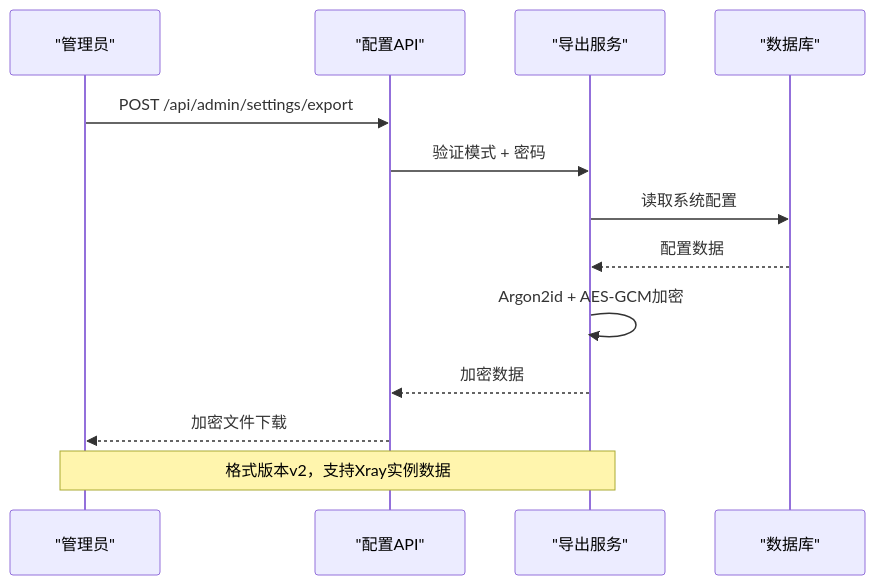
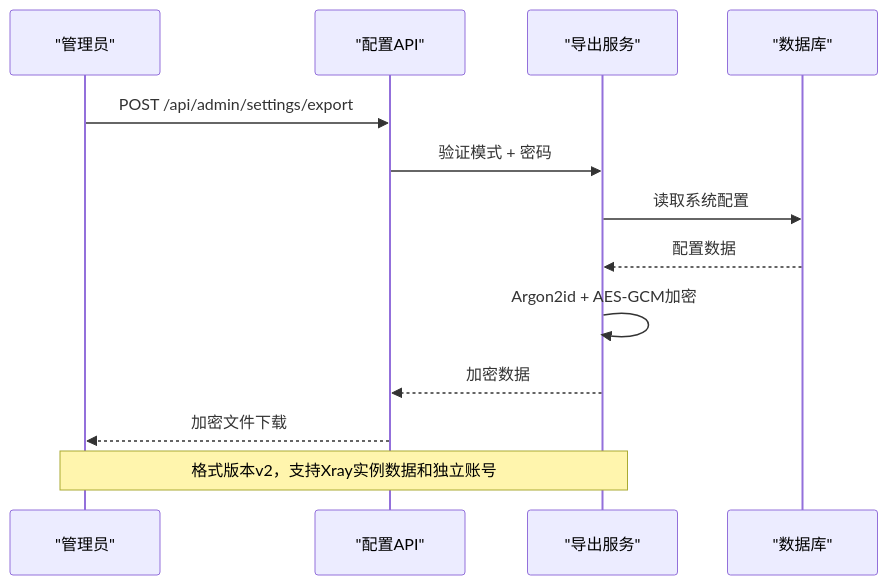
The sixth of 8 diagrams in .qoder/repowiki/zh/content/API接口文档/API接口文档.md (AlcaProphet/VPN-Subscription-Management), drawn with Mermaid before and after one commit. The commit also changed other lines of this file and 7 other files, not shown here.

````diff
--- a/.qoder/repowiki/zh/content/API接口文档/API接口文档.md
+++ b/.qoder/repowiki/zh/content/API接口文档/API接口文档.md
@@ -784,15 +898,15 @@
 ```mermaid
 sequenceDiagram
 participant Admin as "管理员"
 participant API as "配置API"
 participant ExportSvc as "导出服务"
 participant DB as "数据库"
 Admin->>API : POST /api/admin/settings/export
 API->>ExportSvc : 验证模式 + 密码
 ExportSvc->>DB : 读取系统配置
 DB-->>ExportSvc : 配置数据
 ExportSvc->>ExportSvc : Argon2id + AES-GCM加密
 ExportSvc-->>API : 加密数据
 API-->>Admin : 加密文件下载
-Note over Admin,ExportSvc : 格式版本v2，支持Xray实例数据
+Note over Admin,ExportSvc : 格式版本v2，支持Xray实例数据和独立账号
 ```
````
